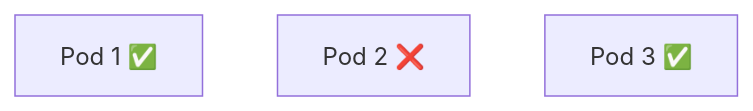
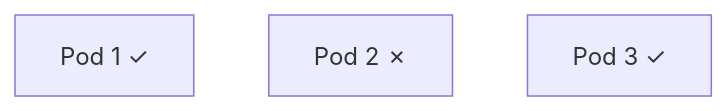
One commit to mustafammasoud/ops-handbook changed diagram 19 of 43 in content/container-orchestration/kubernetes/replicaset-fundamentals.md. Above: the diagram before and after it, drawn with Mermaid. The commit also changed other lines of this file and 2 other files, not shown here.

````diff
--- a/content/container-orchestration/kubernetes/replicaset-fundamentals.md
+++ b/content/container-orchestration/kubernetes/replicaset-fundamentals.md
@@ -463,6 +463,6 @@
 ```mermaid
 flowchart TB
-    P1["Pod 1 ✅"]
-    P2["Pod 2 ❌"]
-    P3["Pod 3 ✅"]
+    P1["Pod 1 ✓ "]
+    P2["Pod 2 ✗"]
+    P3["Pod 3 ✓ "]
 ```
````
